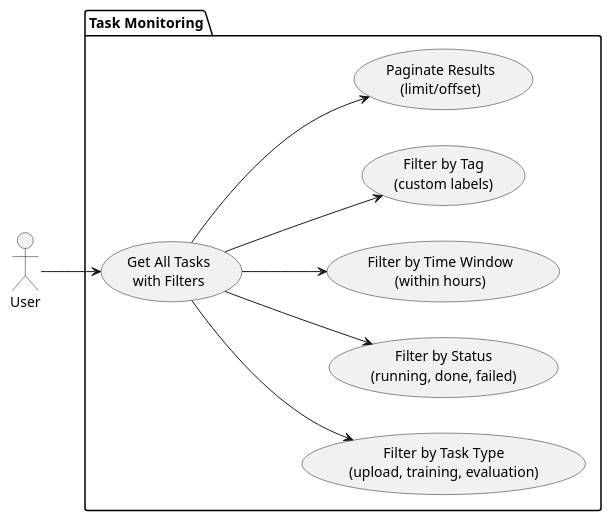
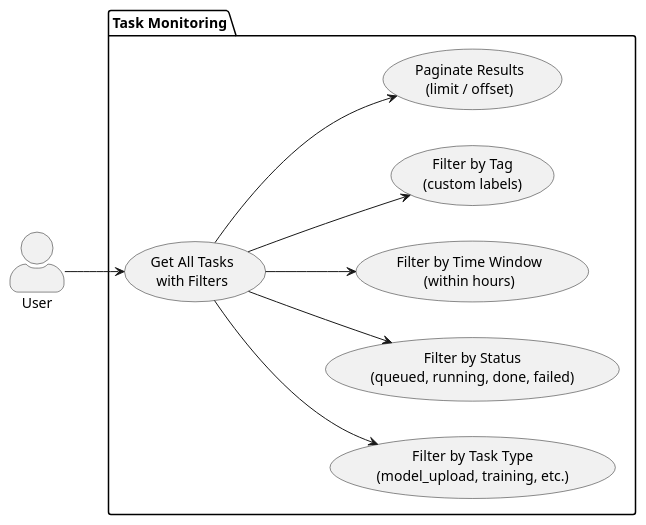
Before and after one commit to Yukasama/vectorize: the diagram in docs/diagrams/src/use-cases-tasks.plantuml, drawn with PlantUML. The commit also changed 13 other files, not shown here.

```diff
--- a/docs/diagrams/src/use-cases-tasks.plantuml
+++ b/docs/diagrams/src/use-cases-tasks.plantuml
@@ -1,21 +1,22 @@
 @startuml use-cases-tasks
 left to right direction
+skinparam actorStyle awesome
 actor User
 
 package "Task Monitoring" {
-    usecase "Get All Tasks\nwith Filters" as GetTasks
-    usecase "Filter by Task Type\n(upload, training, evaluation)" as FilterByType
-    usecase "Filter by Status\n(running, done, failed)" as FilterByStatus
-    usecase "Filter by Time Window\n(within hours)" as FilterByTime
-    usecase "Filter by Tag\n(custom labels)" as FilterByTag
-    usecase "Paginate Results\n(limit/offset)" as Paginate
+    usecase GetTasks as "Get All Tasks\nwith Filters"
+    usecase FilterByType as "Filter by Task Type\n(model_upload, training, etc.)"
+    usecase FilterByStatus as "Filter by Status\n(queued, running, done, failed)"
+    usecase FilterByTime as "Filter by Time Window\n(within hours)"
+    usecase FilterByTag as "Filter by Tag\n(custom labels)"
+    usecase Paginate as "Paginate Results\n(limit / offset)"
 }
 
 User --> GetTasks
 GetTasks --> FilterByType
 GetTasks --> FilterByStatus
 GetTasks --> FilterByTime
 GetTasks --> FilterByTag
 GetTasks --> Paginate
 
 @enduml
```
